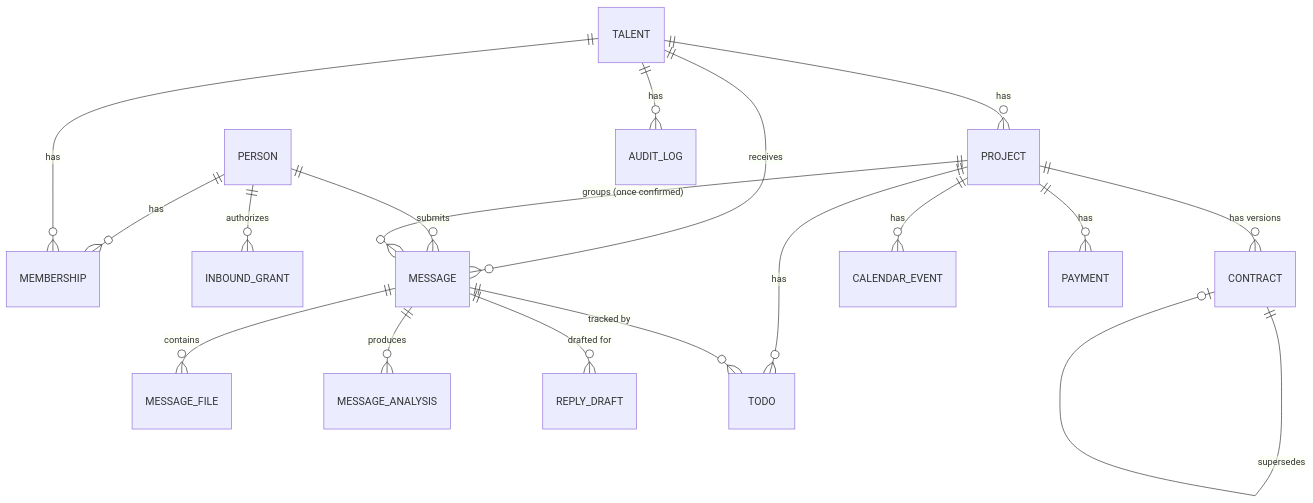
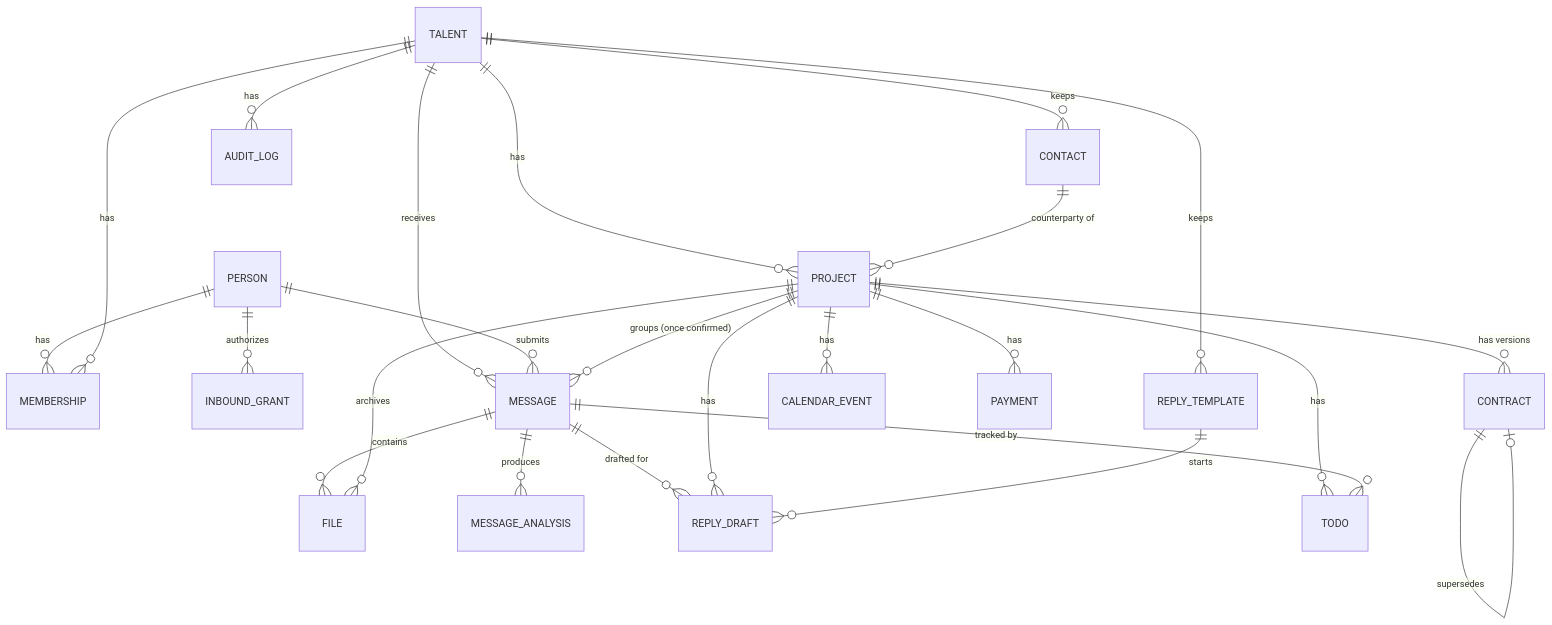
Before and after one commit to janiceyujie/talent_biz_os: the third of 3 diagrams in docs/architecture.md, drawn with Mermaid. The commit also changed other lines of this file and 4 other files, not shown here.

````diff
--- a/docs/architecture.md
+++ b/docs/architecture.md
@@ -241,20 +258,26 @@
 ```mermaid
 erDiagram
     PERSON ||--o{ MEMBERSHIP : has
     TALENT ||--o{ MEMBERSHIP : has
     PERSON ||--o{ INBOUND_GRANT : authorizes
     TALENT ||--o{ PROJECT : has
+    TALENT ||--o{ CONTACT : keeps
+    CONTACT ||--o{ PROJECT : "counterparty of"
+    TALENT ||--o{ REPLY_TEMPLATE : keeps
     TALENT ||--o{ MESSAGE : receives
     PERSON ||--o{ MESSAGE : submits
     PROJECT ||--o{ MESSAGE : "groups (once confirmed)"
-    MESSAGE ||--o{ MESSAGE_FILE : contains
+    MESSAGE ||--o{ FILE : contains
+    PROJECT ||--o{ FILE : archives
     MESSAGE ||--o{ MESSAGE_ANALYSIS : produces
     MESSAGE ||--o{ REPLY_DRAFT : "drafted for"
+    PROJECT ||--o{ REPLY_DRAFT : has
+    REPLY_TEMPLATE ||--o{ REPLY_DRAFT : "starts"
     PROJECT ||--o{ CONTRACT : "has versions"
     CONTRACT ||--o| CONTRACT : supersedes
     PROJECT ||--o{ CALENDAR_EVENT : has
     PROJECT ||--o{ PAYMENT : has
     PROJECT ||--o{ TODO : has
     MESSAGE ||--o{ TODO : "tracked by"
     TALENT ||--o{ AUDIT_LOG : has
 ```
````
